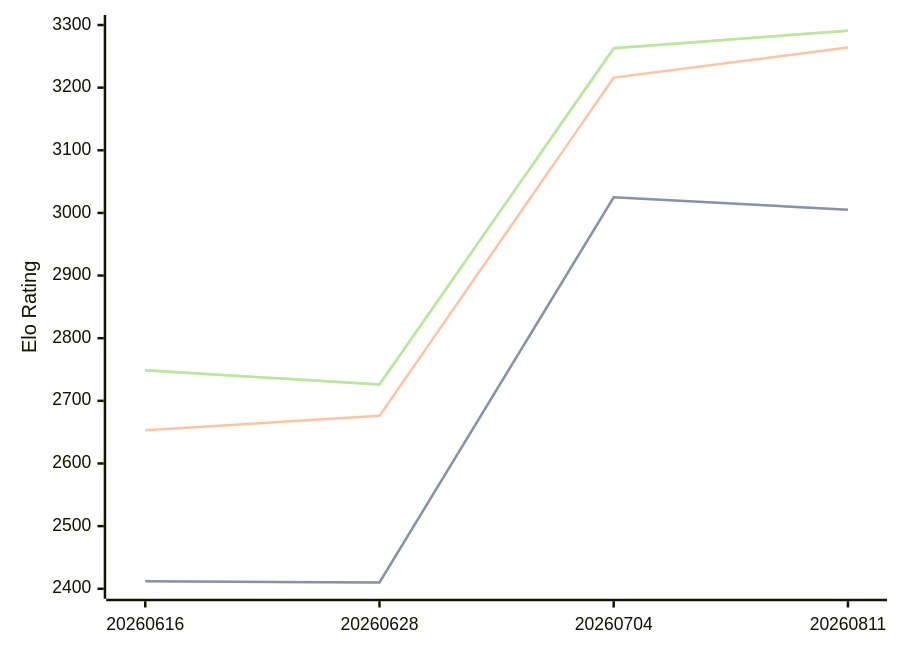
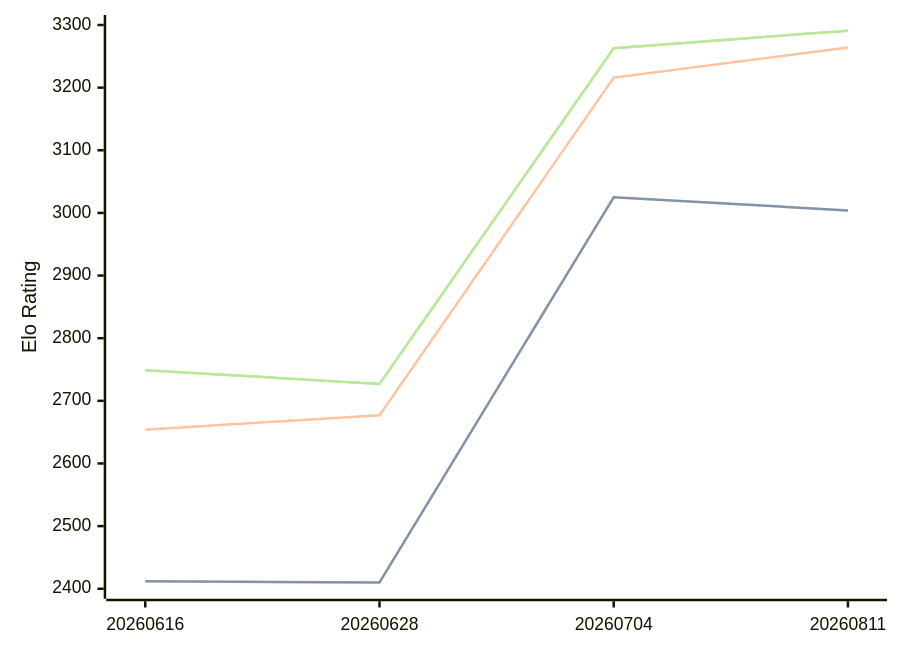
Before and after one commit to computer-chess-index/cci: the diagram in engines/Askaig.md, drawn with Mermaid. The commit also changed other lines of this file, not shown here.

Commit message:
Update CCI Ratings (ELO VLTC) - 2026-10-02

````diff
--- a/engines/Askaig.md
+++ b/engines/Askaig.md
@@ -36,11 +36,11 @@
 ```mermaid
 %%{init: {"theme":"base","themeVariables":{"seriesColors:['#a3a3a3','#222221','#faa371']}}}%%
 xychart-beta
   x-axis ["20260616", "20260628", "20260704", "20260811"]
   y-axis "Elo Rating" 2400 --> 3300
-  line "" [2412, 2410, 3025, 3005]
-  line "STC (8.0+0.08s)" [2412, 2410, 3025, 3005]
-  line "LTC (60.0+0.60s)" [2653, 2676, 3216, 3264]
-  line "" [2749, 2726, 3263, 3291]
-  line "VLTC (2m24s+1.12s)" [2749, 2726, 3263, 3291]
+  line "" [2412, 2410, 3025, 3004]
+  line "STC (8.0+0.08s)" [2412, 2410, 3025, 3004]
+  line "LTC (60.0+0.60s)" [2654, 2677, 3216, 3264]
+  line "" [2749, 2727, 3263, 3291]
+  line "VLTC (2m24s+1.12s)" [2749, 2727, 3263, 3291]
 ```
````
